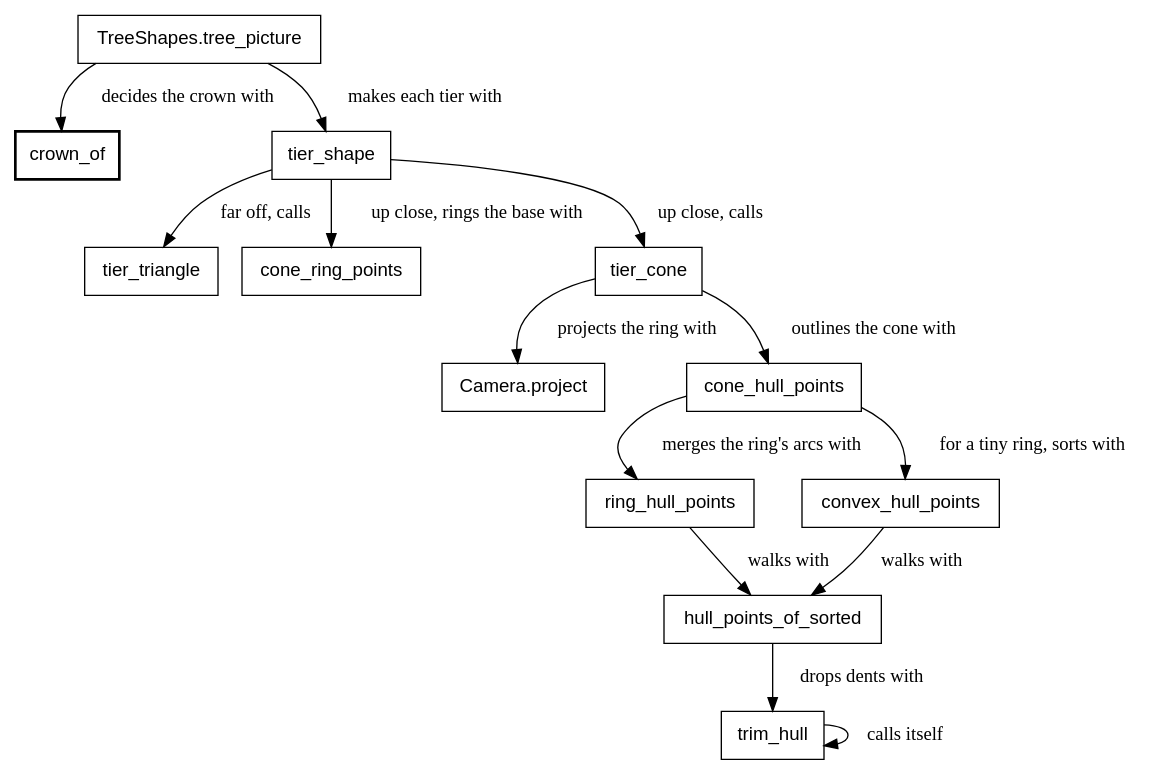
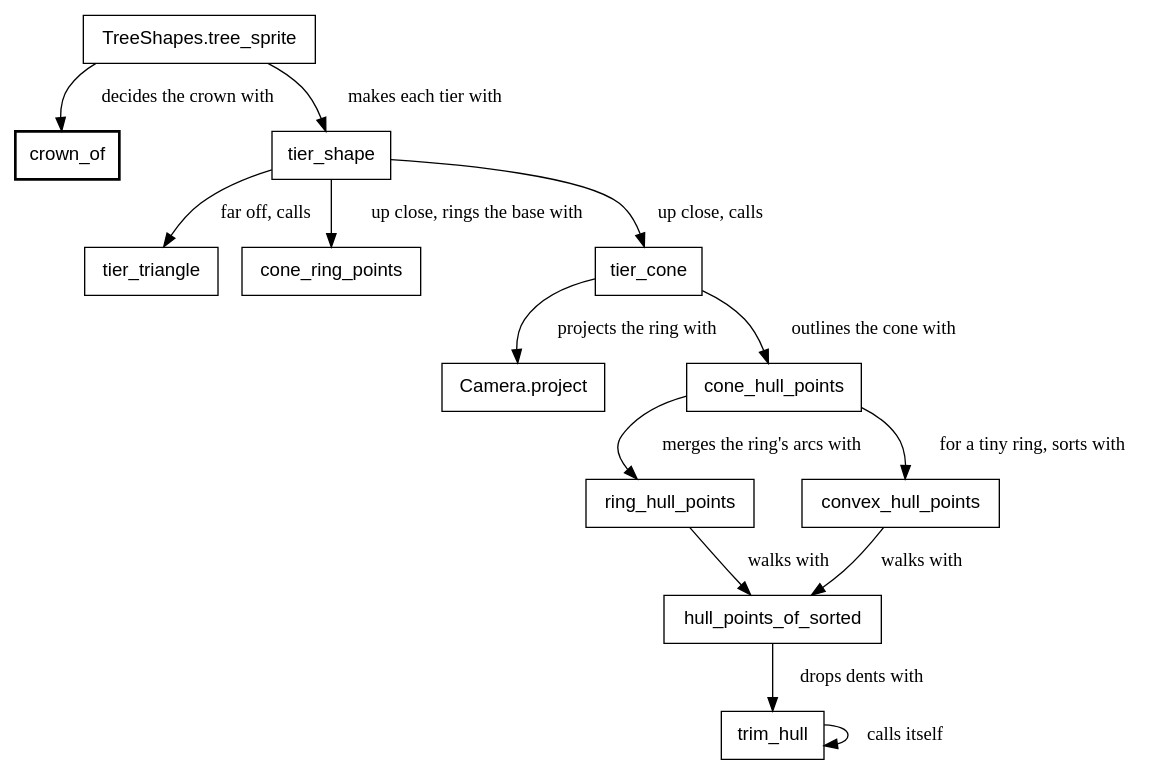
One commit to showell/roc-apps changed the seventh of 29 diagrams in canvas_apps/safari/tutorial/tutorial.md. Above: the diagram before and after it, drawn with Graphviz. The commit also changed other lines of this file and 27 other files, not shown here.

First line of the commit message:
Safari: rename Picture to Sprite

````diff
--- a/canvas_apps/safari/tutorial/tutorial.md
+++ b/canvas_apps/safari/tutorial/tutorial.md
@@ -620,19 +620,19 @@
 ```dot
 digraph cone {
   node [shape=box, fontname="Helvetica"];
-  "TreeShapes.tree_picture" -> "crown_of" [label="  decides the crown with"];
-  "TreeShapes.tree_picture" -> "tier_shape" [label="  makes each tier with"];
+  "TreeShapes.tree_sprite" -> "crown_of" [label="  decides the crown with"];
+  "TreeShapes.tree_sprite" -> "tier_shape" [label="  makes each tier with"];
   "tier_shape" -> "tier_triangle" [label="  far off, calls"];
   "tier_shape" -> "cone_ring_points" [label="  up close, rings the base with"];
   "tier_shape" -> "tier_cone" [label="  up close, calls"];
   "tier_cone" -> "Camera.project" [label="  projects the ring with"];
   "tier_cone" -> "cone_hull_points" [label="  outlines the cone with"];
   "cone_hull_points" -> "ring_hull_points" [label="  merges the ring's arcs with"];
   "cone_hull_points" -> "convex_hull_points" [label="  for a tiny ring, sorts with"];
   "ring_hull_points" -> "hull_points_of_sorted" [label="  walks with"];
   "convex_hull_points" -> "hull_points_of_sorted" [label="  walks with"];
   "hull_points_of_sorted" -> "trim_hull" [label="  drops dents with"];
   "trim_hull" -> "trim_hull" [label="  calls itself"];
   "crown_of" [style=bold];
 }
 ```
````
